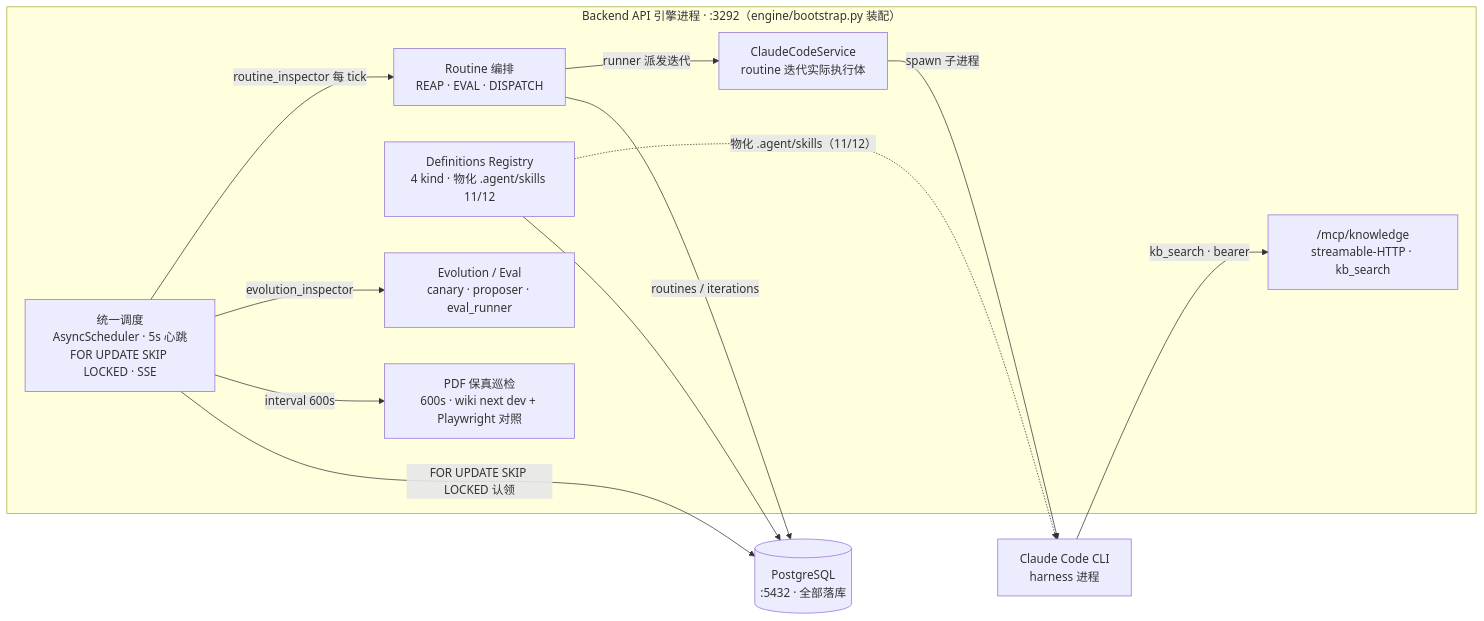
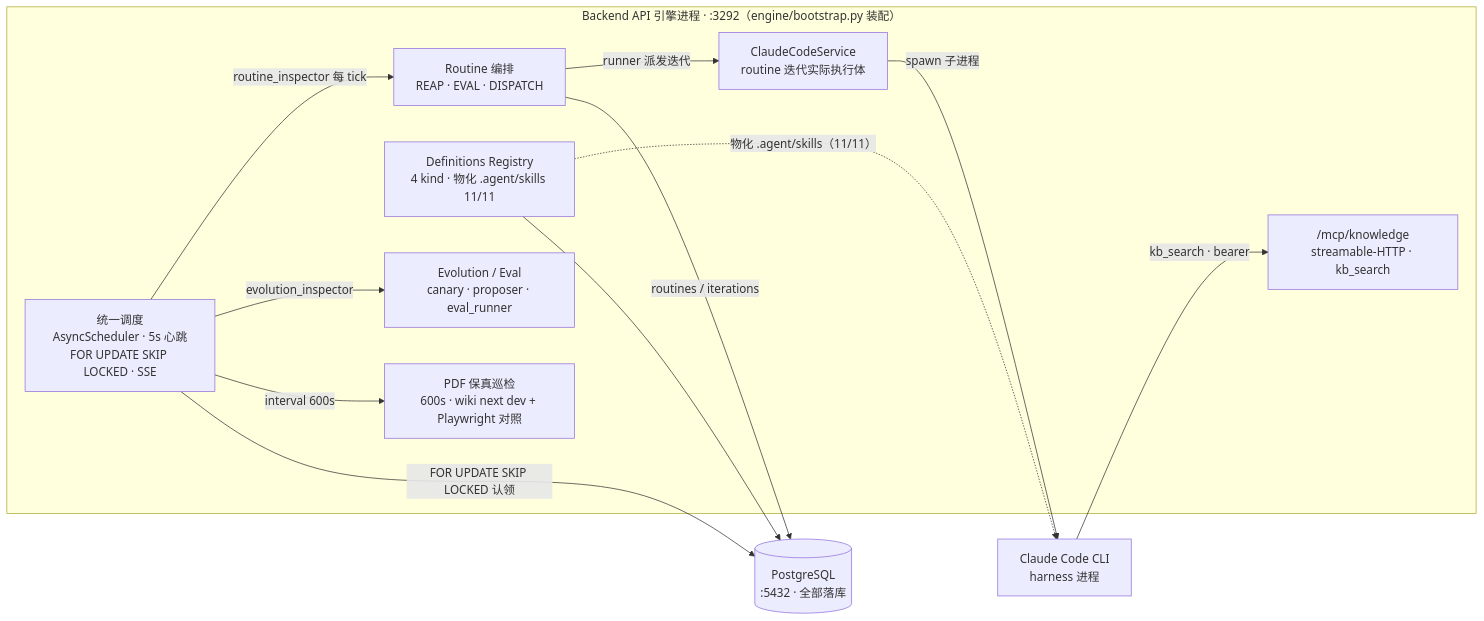
Before and after one commit to ThreeFish-AI/negentropy: the diagram in docs/assets/mermaid/core/framework--engine-interior.mmd, drawn with Mermaid. The commit also changed 193 other files, not shown here.

```diff
--- a/docs/assets/mermaid/core/framework--engine-interior.mmd
+++ b/docs/assets/mermaid/core/framework--engine-interior.mmd
@@ -1,28 +1,29 @@
 %% source: docs/concepts/framework.md §6.5 引擎内景（新增小节，无原块）（新增）
 %% slug: core/framework--engine-interior
 %% type: architecture
 %% derived: docs/assets/architecture/core/framework--engine-interior.html (+ -dark/-light PNG)
 %% fix: D-1/D-2 三层架构图缺失引擎内部子系统——本图全新补齐统一调度/Routine 编排/ClaudeCodeService/MCP 端点/定义源/保真巡检/自演化七个子系统；D-14 Definitions Registry 如实标 11/12（.agent/skills 盘上 12 个 SKILL.md，migration 0098 仅 seed 11，science-video-pipeline 未入 DB）
+%% fix: 2026-09-21 science-video-pipeline 随流水线机制外置为 to-video 技能删除，.agent/skills 盘上 SKILL.md 12→11，物化口径 11/11 全入库（HTML/PNG 重生成走 archify 管线，登记为 ISSUE-193 跟进项）
 flowchart LR
   subgraph engine["Backend API 引擎进程 · :3292（engine/bootstrap.py 装配）"]
     sched["统一调度<br/>AsyncScheduler · 5s 心跳<br/>FOR UPDATE SKIP LOCKED · SSE"]
     rtne["Routine 编排<br/>REAP · EVAL · DISPATCH"]
     ccs["ClaudeCodeService<br/>routine 迭代实际执行体"]
     mcpd["/mcp/knowledge<br/>streamable-HTTP · kb_search"]
-    defr["Definitions Registry<br/>4 kind · 物化 .agent/skills 11/12"]
+    defr["Definitions Registry<br/>4 kind · 物化 .agent/skills 11/11"]
     evol["Evolution / Eval<br/>canary · proposer · eval_runner"]
     patl["PDF 保真巡检<br/>600s · wiki next dev + Playwright 对照"]
   end
   ccli["Claude Code CLI<br/>harness 进程"]
   pg[("PostgreSQL<br/>:5432 · 全部落库")]
 
   sched -->|"routine_inspector 每 tick"| rtne
   rtne -->|"runner 派发迭代"| ccs
   ccs -->|"spawn 子进程"| ccli
   ccli -->|"kb_search · bearer"| mcpd
-  defr -.->|"物化 .agent/skills（11/12）"| ccli
+  defr -.->|"物化 .agent/skills（11/11）"| ccli
   sched -->|"evolution_inspector"| evol
   sched -->|"interval 600s"| patl
   sched -->|"FOR UPDATE SKIP LOCKED 认领"| pg
   rtne -->|"routines / iterations"| pg
   defr --> pg
```
